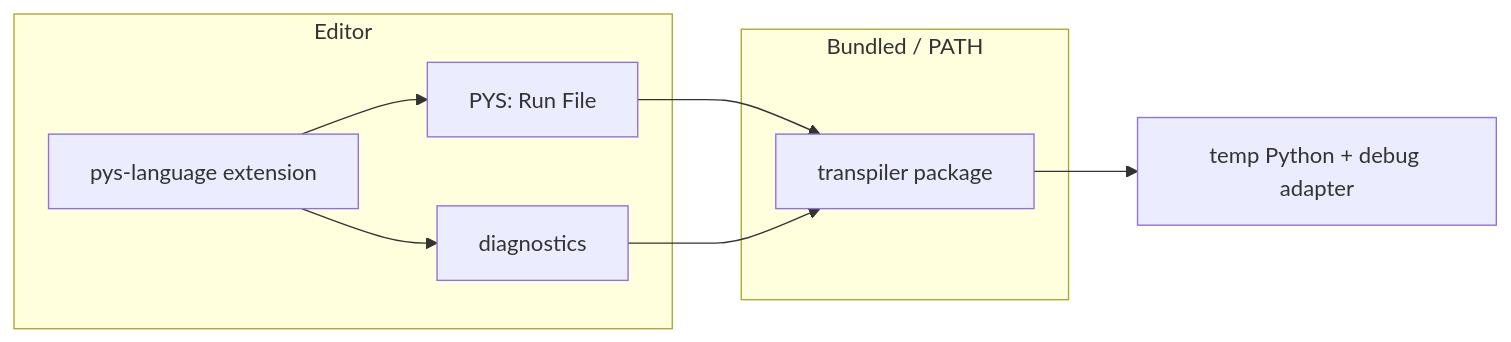
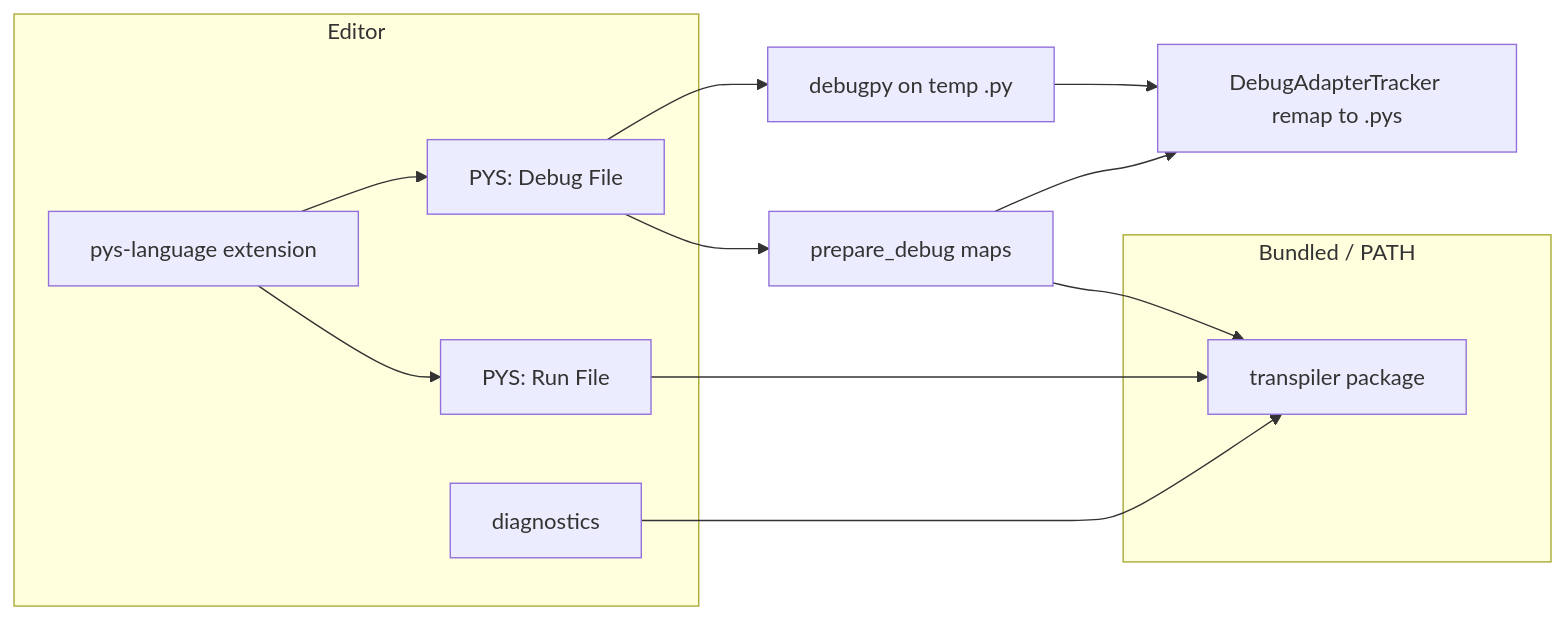
One commit to remideboer/pys changed the seventh of 7 diagrams in docs/ARCHITECTURE.md. Above: the diagram before and after it, drawn with Mermaid. The commit also changed other lines of this file and 57 other files, not shown here.

First line of the commit message:
feat: atomic cells, PYS DAP debug, and extension install

````diff
--- a/docs/ARCHITECTURE.md
+++ b/docs/ARCHITECTURE.md
@@ -274,18 +274,23 @@
 ```mermaid
 flowchart LR
   subgraph vscode [Editor]
     Lang["pys-language extension"]
     Run["PYS: Run File"]
+    Debug["PYS: Debug File"]
     Diag["diagnostics"]
   end
 
   subgraph bundled [Bundled / PATH]
     Tx["transpiler package"]
   end
 
   Lang --> Run
+  Lang --> Debug
   Run --> Tx
-  Lang --> Diag
+  Debug --> Prep["prepare_debug maps"]
+  Prep --> Tx
+  Debug --> Dbgpy["debugpy on temp .py"]
   Diag --> Tx
-  Tx --> Out["temp Python + debug adapter"]
+  Prep --> Remap["DebugAdapterTracker remap to .pys"]
+  Dbgpy --> Remap
 ```
````
